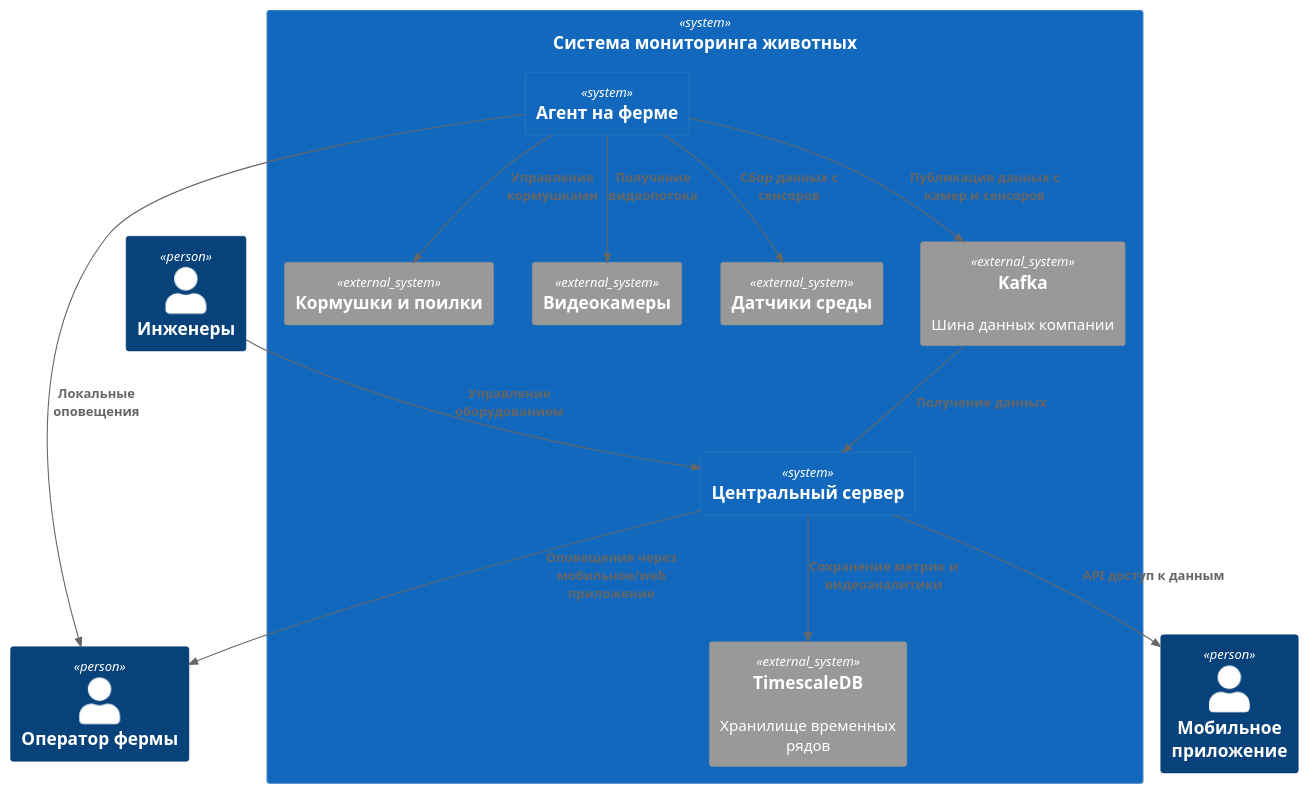
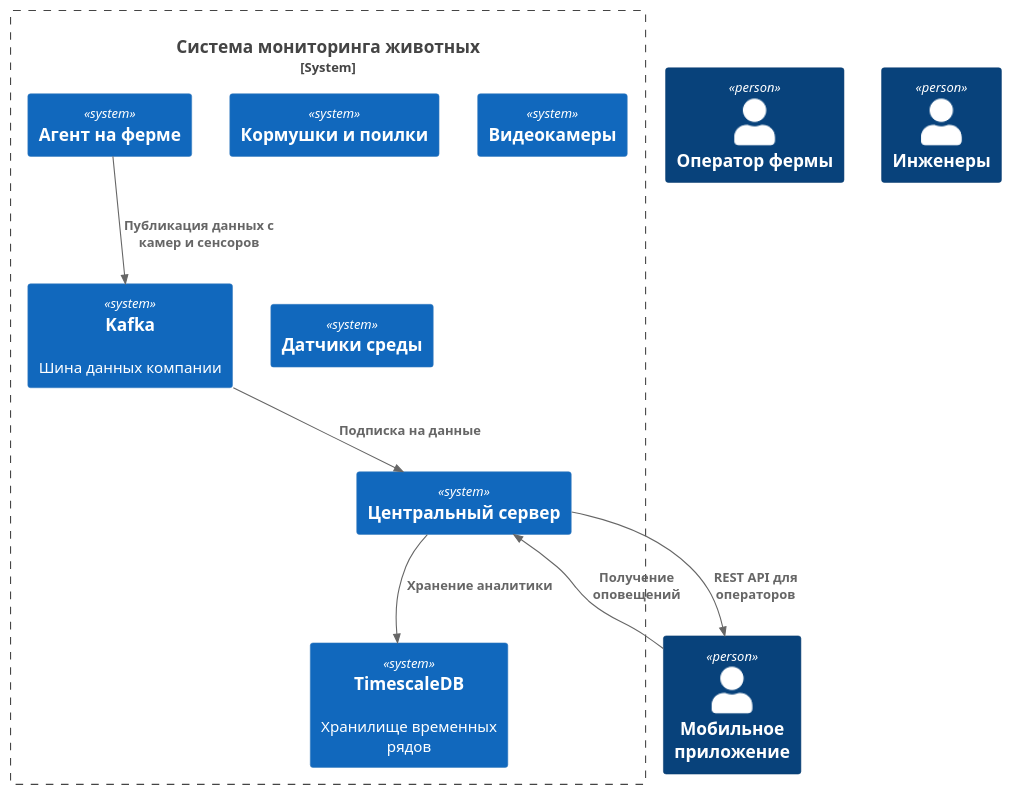
Before and after one commit to MikhailShakhanov/MSA-AgroTech: the first of 2 diagrams in Task1/task_1_adr_c_1.md, drawn with PlantUML. The commit also changed other lines of this file, not shown here.

````diff
--- a/Task1/task_1_adr_c_1.md
+++ b/Task1/task_1_adr_c_1.md
@@ -52,31 +44,26 @@
 ```plantuml
 @startuml
 !include https://raw.githubusercontent.com/plantuml-stdlib/C4-PlantUML/master/C4_Context.puml
 
 Person(operator, "Оператор фермы")
 Person(engineer, "Инженеры")
 Person(mobileApp, "Мобильное приложение")
 
-System(system, "Система мониторинга животных") {
-  System_Ext(feeders, "Кормушки и поилки")
-  System_Ext(cameras, "Видеокамеры")
-  System_Ext(sensors, "Датчики среды")
-  System_Ext(kafka, "Kafka", "Шина данных компании")
-  System_Ext(tsdb, "TimescaleDB", "Хранилище временных рядов")
+System_Boundary(system, "Система мониторинга животных") {
+  System(feeders, "Кормушки и поилки")
+  System(cameras, "Видеокамеры")
+  System(sensors, "Датчики среды")
+  System(kafka, "Kafka", "Шина данных компании")
+  System(tsdb, "TimescaleDB", "Хранилище временных рядов")
 
   System(edgeAgent, "Агент на ферме")
   System(centralServer, "Центральный сервер")
 }
 
-Rel(edgeAgent, operator, "Локальные оповещения")
 Rel(edgeAgent, kafka, "Публикация данных с камер и сенсоров")
-Rel(kafka, centralServer, "Получение данных")
-Rel(centralServer, tsdb, "Сохранение метрик и видеоаналитики")
-Rel(centralServer, operator, "Оповещения через мобильное/web приложение")
-Rel(centralServer, mobileApp, "API доступ к данным")
-Rel(engineer, centralServer, "Управление оборудованием")
-Rel(edgeAgent, feeders, "Управление кормушками")
-Rel(edgeAgent, cameras, "Получение видеопотока")
-Rel(edgeAgent, sensors, "Сбор данных с сенсоров")
+Rel(kafka, centralServer, "Подписка на данные")
+Rel(centralServer, tsdb, "Хранение аналитики")
+Rel(centralServer, mobileApp, "REST API для операторов")
+Rel(mobileApp, centralServer, "Получение оповещений")
 @enduml
 ```
````
